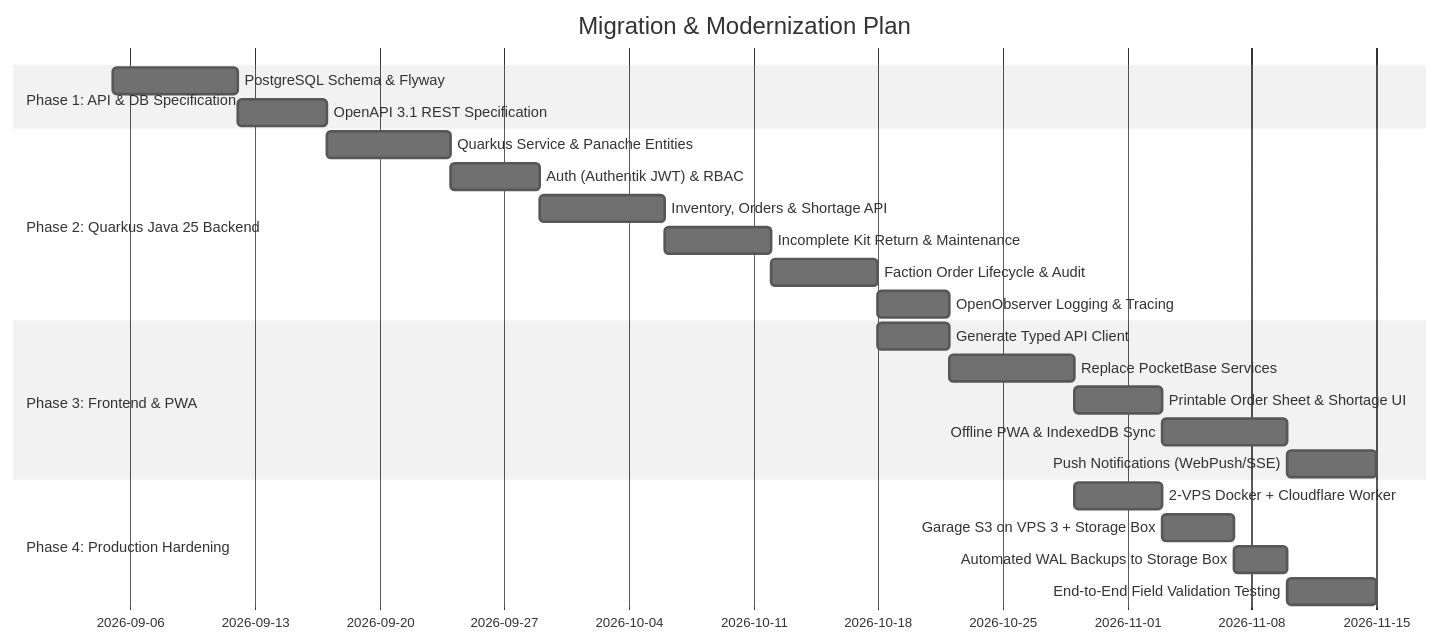
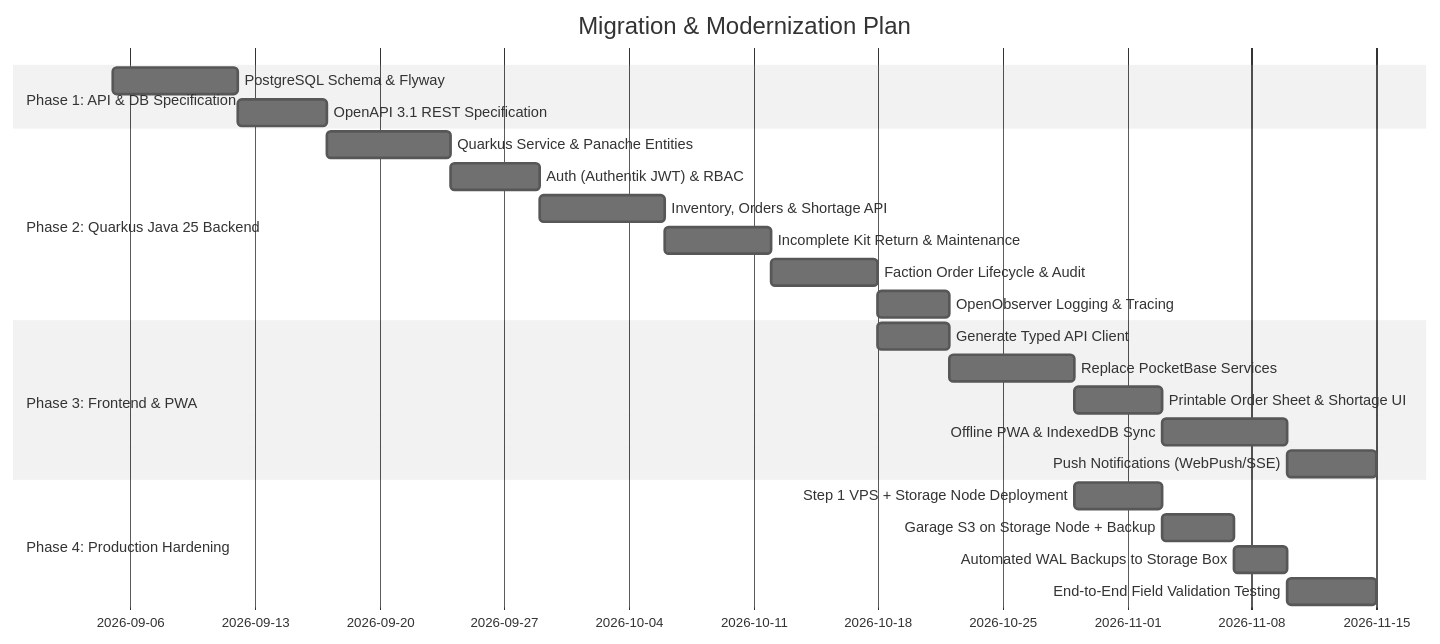
One commit to Voxel07/inventory changed the fifth of 5 diagrams in REQUIREMENTS_ARCHITECTURE.md. Above: the diagram before and after it, drawn with Mermaid (neutral theme). The commit also changed other lines of this file and 2 other files, not shown here.

````diff
--- a/REQUIREMENTS_ARCHITECTURE.md
+++ b/REQUIREMENTS_ARCHITECTURE.md
@@ -472,26 +476,26 @@
 ```mermaid
 gantt
     title Migration & Modernization Plan
     dateFormat  YYYY-MM-DD
     section Phase 1: API & DB Specification
     PostgreSQL Schema & Flyway           :p1_1, 2026-09-05, 7d
     OpenAPI 3.1 REST Specification       :p1_2, after p1_1, 5d
     section Phase 2: Quarkus Java 25 Backend
     Quarkus Service & Panache Entities   :p2_1, after p1_2, 7d
     Auth (Authentik JWT) & RBAC          :p2_2, after p2_1, 5d
     Inventory, Orders & Shortage API     :p2_3, after p2_2, 7d
     Incomplete Kit Return & Maintenance  :p2_4, after p2_3, 6d
     Faction Order Lifecycle & Audit      :p2_5, after p2_4, 6d
     OpenObserver Logging & Tracing       :p2_6, after p2_5, 4d
     section Phase 3: Frontend & PWA
     Generate Typed API Client            :p3_1, after p2_5, 4d
     Replace PocketBase Services          :p3_2, after p3_1, 7d
     Printable Order Sheet & Shortage UI  :p3_3, after p3_2, 5d
     Offline PWA & IndexedDB Sync         :p3_4, after p3_3, 7d
     Push Notifications (WebPush/SSE)     :p3_5, after p3_4, 5d
     section Phase 4: Production Hardening
-    2-VPS Docker + Cloudflare Worker     :p4_1, after p3_2, 5d
-    Garage S3 on VPS 3 + Storage Box     :p4_2, after p4_1, 4d
+    Step 1 VPS + Storage Node Deployment :p4_1, after p3_2, 5d
+    Garage S3 on Storage Node + Backup   :p4_2, after p4_1, 4d
     Automated WAL Backups to Storage Box :p4_3, after p4_2, 3d
     End-to-End Field Validation Testing  :p4_4, after p4_3, 5d
 ```
````
